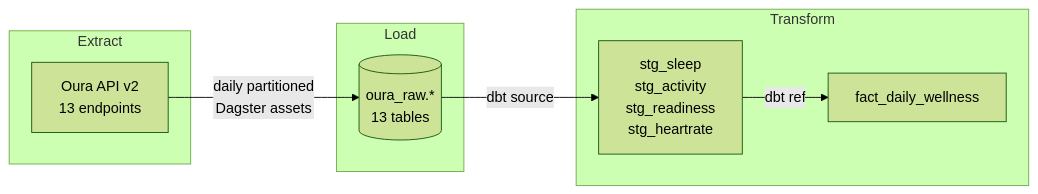
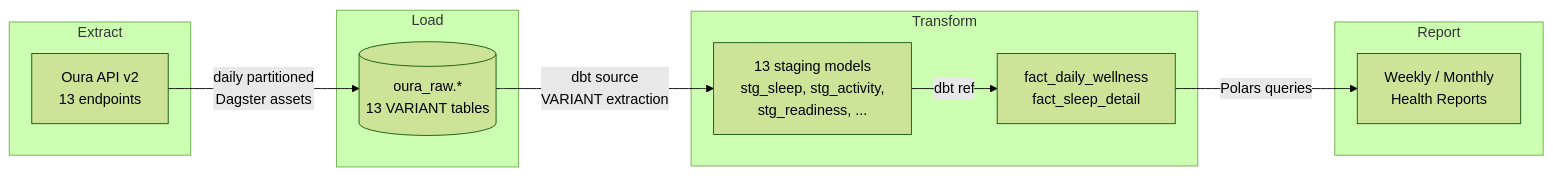
Before and after one commit to cdcoonce/Oura-Pipeline: the second of 4 diagrams in README.md, drawn with Mermaid (forest theme). The commit also changed other lines of this file, not shown here.

````diff
--- a/README.md
+++ b/README.md
@@ -81,19 +88,24 @@
 ```mermaid
 flowchart LR
     subgraph Extract
         API[Oura API v2<br/>13 endpoints]
     end
 
     subgraph Load
-        RAW[(oura_raw.*<br/>13 tables)]
+        RAW[(oura_raw.*<br/>13 VARIANT tables)]
     end
 
     subgraph Transform
-        STG[stg_sleep<br/>stg_activity<br/>stg_readiness<br/>stg_heartrate]
-        MART[fact_daily_wellness]
+        STG[13 staging models<br/>stg_sleep, stg_activity,<br/>stg_readiness, ...]
+        MART[fact_daily_wellness<br/>fact_sleep_detail]
+    end
+
+    subgraph Report
+        RPT[Weekly / Monthly<br/>Health Reports]
     end
 
     API -->|daily partitioned<br/>Dagster assets| RAW
-    RAW -->|dbt source| STG
+    RAW -->|dbt source<br/>VARIANT extraction| STG
     STG -->|dbt ref| MART
+    MART -->|Polars queries| RPT
 ```
````
